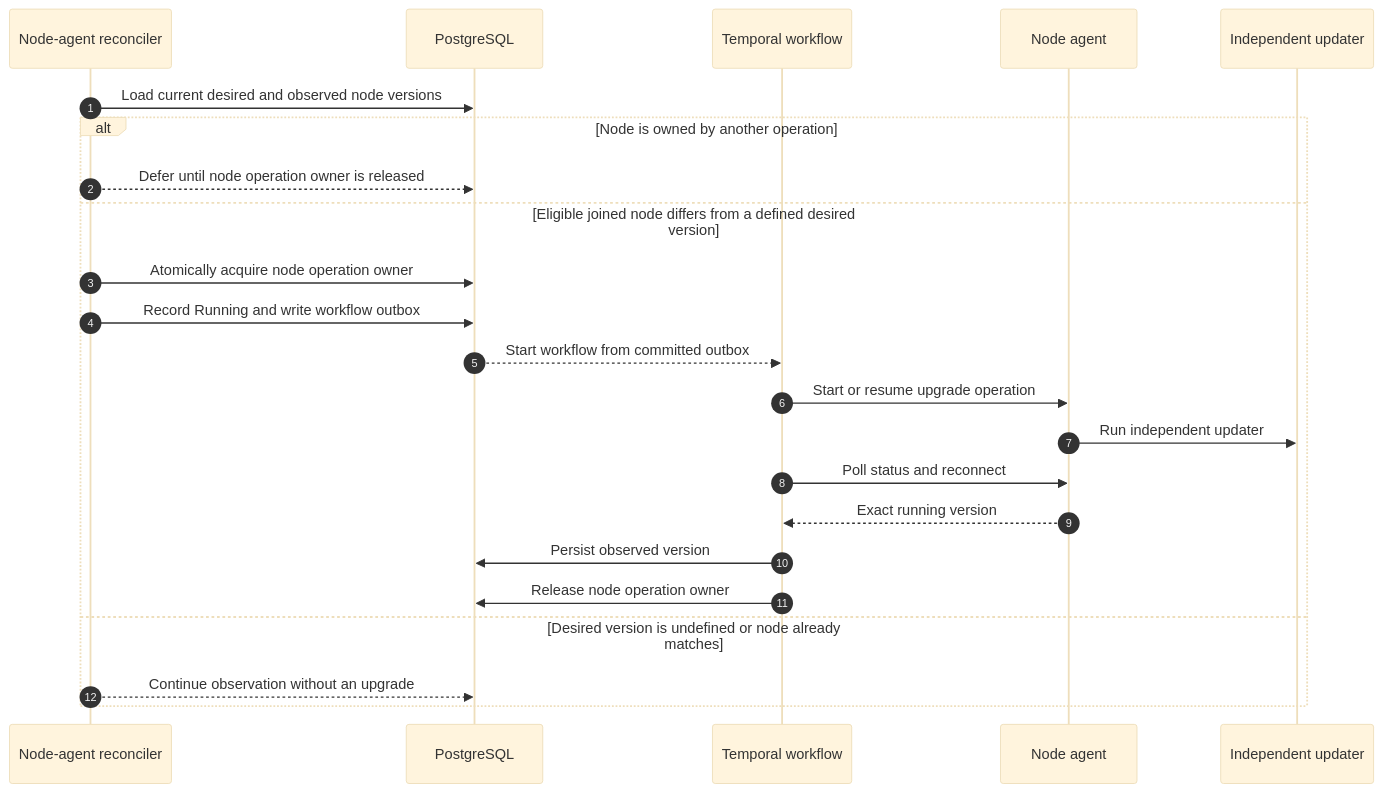
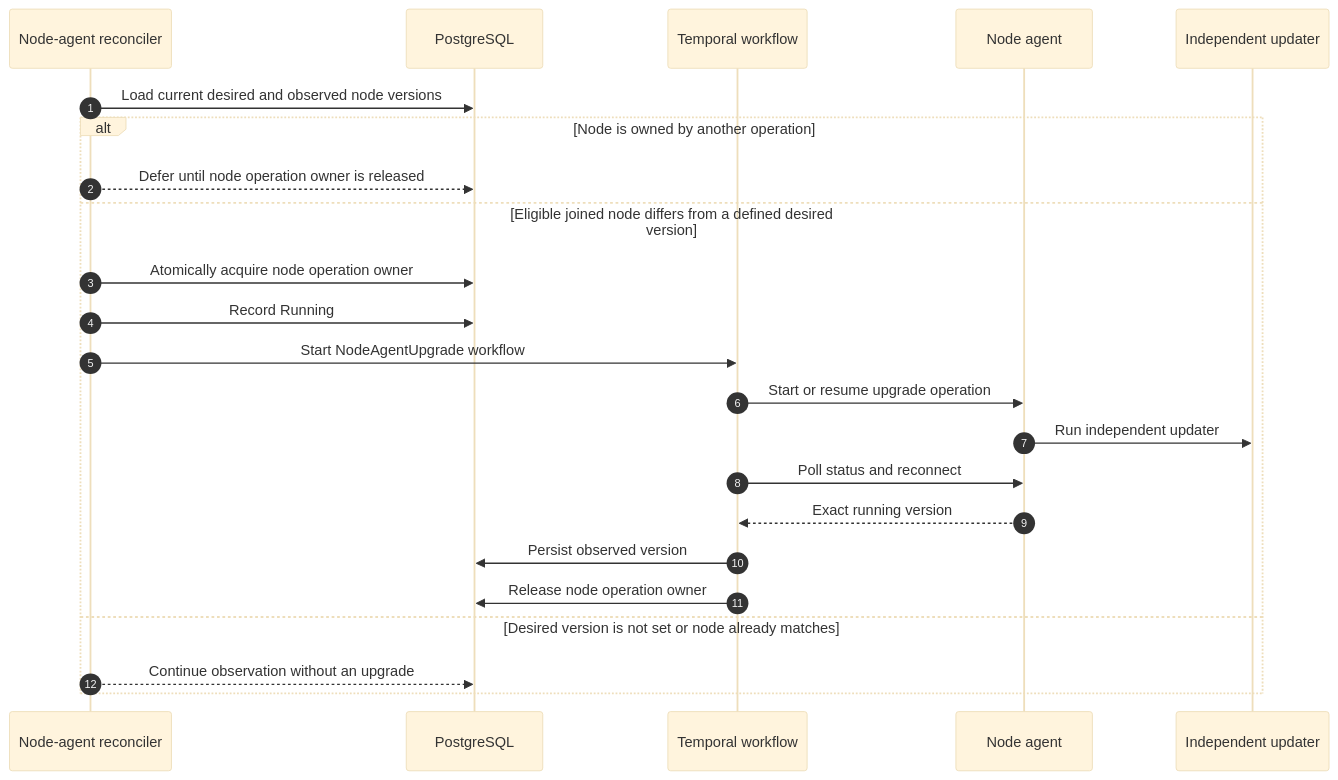
One commit to dsx-ai-factory/nvke changed the second of 2 diagrams in agent/docs/in-place-update/controller-driven-desired-state-design.md. Above: the diagram before and after it, drawn with Mermaid (base theme). The commit also changed other lines of this file, not shown here.

Commit message:
docs(agent): refine desired state rollout design

````diff
--- a/agent/docs/in-place-update/controller-driven-desired-state-design.md
+++ b/agent/docs/in-place-update/controller-driven-desired-state-design.md
@@ -215,27 +214,27 @@
 ```mermaid
 sequenceDiagram
     autonumber
     participant Reconciler as Node-agent reconciler
     participant DB as PostgreSQL
     participant Temporal as Temporal workflow
     participant Agent as Node agent
     participant Updater as Independent updater
 
     Reconciler->>DB: Load current desired and observed node versions
 
     alt Node is owned by another operation
         Reconciler-->>DB: Defer until node operation owner is released
     else Eligible joined node differs from a defined desired version
         Reconciler->>DB: Atomically acquire node operation owner
-        Reconciler->>DB: Record Running and write workflow outbox
-        DB-->>Temporal: Start workflow from committed outbox
+        Reconciler->>DB: Record Running
+        Reconciler->>Temporal: Start NodeAgentUpgrade workflow
         Temporal->>Agent: Start or resume upgrade operation
         Agent->>Updater: Run independent updater
         Temporal->>Agent: Poll status and reconnect
         Agent-->>Temporal: Exact running version
         Temporal->>DB: Persist observed version
         Temporal->>DB: Release node operation owner
-    else Desired version is undefined or node already matches
+    else Desired version is not set or node already matches
         Reconciler-->>DB: Continue observation without an upgrade
     end
 ```
````
